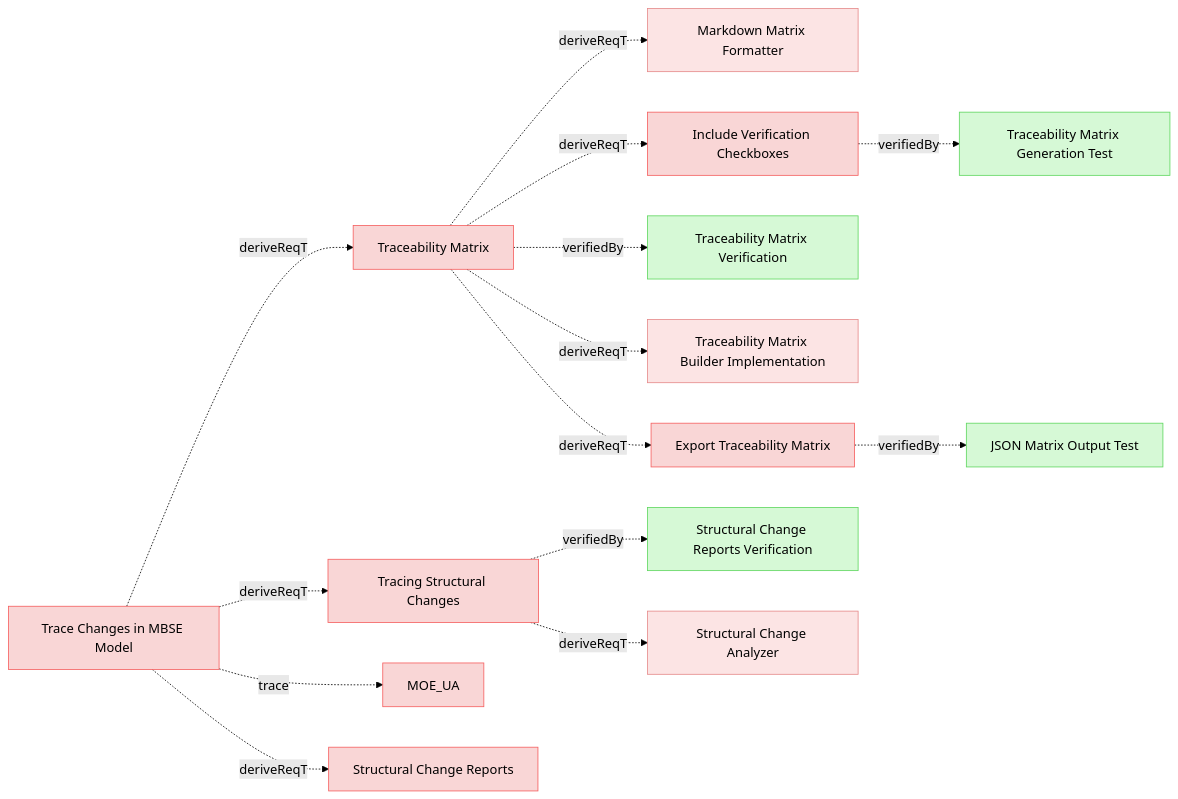
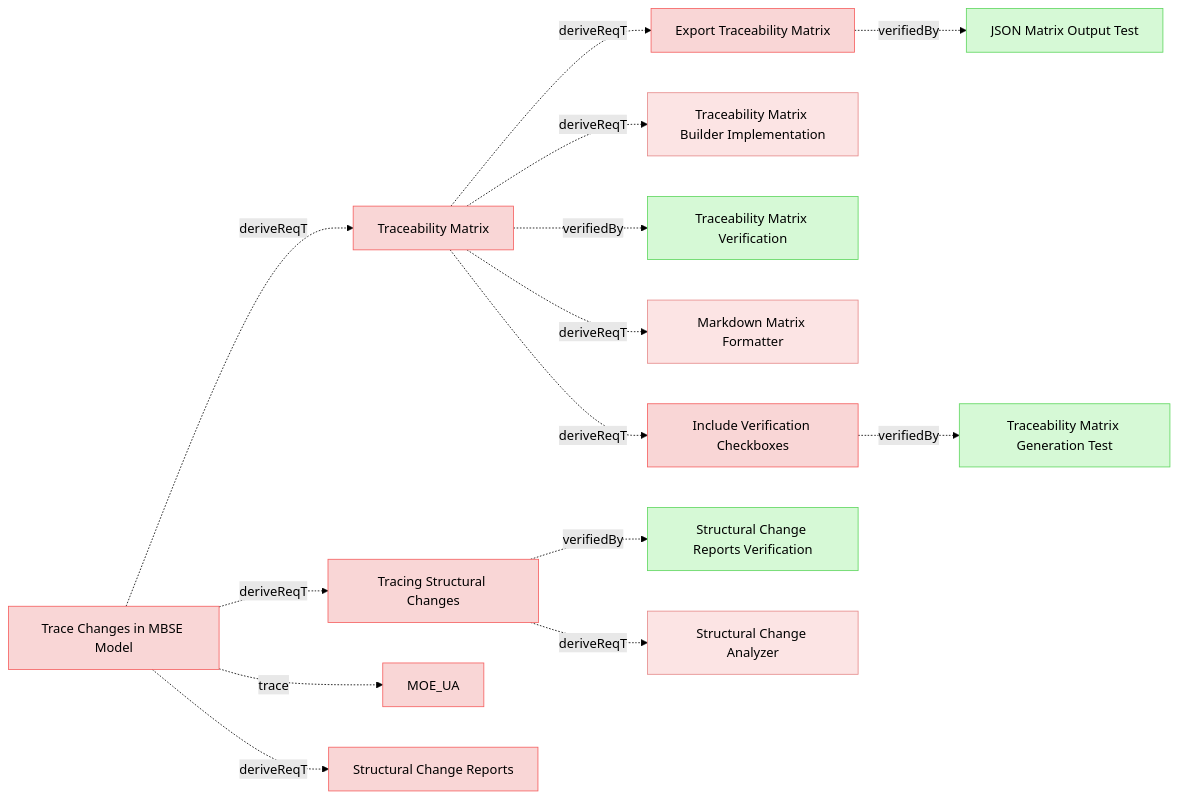
One commit to reqvire-org/reqvire changed the sixth of 9 diagrams in specifications/UserRequirements.md. Above: the diagram before and after it, drawn with Mermaid (forest theme). The commit also changed other lines of this file and 81 other files, not shown here.

````diff
--- a/specifications/UserRequirements.md
+++ b/specifications/UserRequirements.md
@@ -818,65 +818,65 @@
 ```mermaid
 graph LR;
   %% REQVIRE-AUTOGENERATED-DIAGRAM
   %% Graph styling
   classDef userRequirement fill:#f9d6d6,stroke:#f55f5f,stroke-width:1px;
   classDef systemRequirement fill:#fce4e4,stroke:#e68a8a,stroke-width:1px;
   classDef verification fill:#d6f9d6,stroke:#5fd75f,stroke-width:1px;
   classDef default fill:#f5f5f5,stroke:#333333,stroke-width:1px;
 
+  7de9a55d6102af23["Export Traceability Matrix"];
+  class 7de9a55d6102af23 userRequirement;
+  click 7de9a55d6102af23 "UserRequirements.md#export-traceability-matrix";
+  50c290277850dd17["JSON Matrix Output Test"];
+  class 50c290277850dd17 verification;
+  click 50c290277850dd17 "Verifications/TreacibilityMatrix.md#json-matrix-output-test";
+  7de9a55d6102af23 -.->|verifiedBy| 50c290277850dd17;
   4e30ea0930dc9c26["Traceability Matrix"];
   class 4e30ea0930dc9c26 userRequirement;
   click 4e30ea0930dc9c26 "UserRequirements.md#traceability-matrix";
+  b55d8517cd3e58["Traceability Matrix Builder Implementation"];
+  class b55d8517cd3e58 systemRequirement;
+  click b55d8517cd3e58 "SystemRequirements/Requirements.md#traceability-matrix-builder-implementation";
+  4e30ea0930dc9c26 -.->|deriveReqT| b55d8517cd3e58;
+  4e30ea0930dc9c26 -.->|deriveReqT| 7de9a55d6102af23;
+  11c3285e74c8d60b["Traceability Matrix Verification"];
+  class 11c3285e74c8d60b verification;
+  click 11c3285e74c8d60b "Verifications/ChangeImpactTests.md#traceability-matrix-verification";
+  4e30ea0930dc9c26 -.->|verifiedBy| 11c3285e74c8d60b;
   1b7491b67a792bc9["Markdown Matrix Formatter"];
   class 1b7491b67a792bc9 systemRequirement;
   click 1b7491b67a792bc9 "SystemRequirements/Requirements.md#markdown-matrix-formatter";
   4e30ea0930dc9c26 -.->|deriveReqT| 1b7491b67a792bc9;
   6d32b919c82784b7["Include Verification Checkboxes"];
   class 6d32b919c82784b7 userRequirement;
   click 6d32b919c82784b7 "UserRequirements.md#include-verification-checkboxes";
   4e30ea0930dc9c26 -.->|deriveReqT| 6d32b919c82784b7;
-  11c3285e74c8d60b["Traceability Matrix Verification"];
-  class 11c3285e74c8d60b verification;
-  click 11c3285e74c8d60b "Verifications/ChangeImpactTests.md#traceability-matrix-verification";
-  4e30ea0930dc9c26 -.->|verifiedBy| 11c3285e74c8d60b;
-  b55d8517cd3e58["Traceability Matrix Builder Implementation"];
-  class b55d8517cd3e58 systemRequirement;
-  click b55d8517cd3e58 "SystemRequirements/Requirements.md#traceability-matrix-builder-implementation";
-  4e30ea0930dc9c26 -.->|deriveReqT| b55d8517cd3e58;
-  7de9a55d6102af23["Export Traceability Matrix"];
-  class 7de9a55d6102af23 userRequirement;
-  click 7de9a55d6102af23 "UserRequirements.md#export-traceability-matrix";
-  4e30ea0930dc9c26 -.->|deriveReqT| 7de9a55d6102af23;
   d7b7b13a5b8d96e1["Tracing Structural Changes"];
   class d7b7b13a5b8d96e1 userRequirement;
   click d7b7b13a5b8d96e1 "UserRequirements.md#tracing-structural-changes";
   b0e8adb6596a35e7["Structural Change Reports Verification"];
   class b0e8adb6596a35e7 verification;
   click b0e8adb6596a35e7 "Verifications/ChangeImpactTests.md#structural-change-reports-verification";
   d7b7b13a5b8d96e1 -.->|verifiedBy| b0e8adb6596a35e7;
   d34d7e14d2a235a2["Structural Change Analyzer"];
   class d34d7e14d2a235a2 systemRequirement;
   click d34d7e14d2a235a2 "SystemRequirements/Requirements.md#structural-change-analyzer";
   d7b7b13a5b8d96e1 -.->|deriveReqT| d34d7e14d2a235a2;
   aa85c85e7c41d899["Traceability Matrix Generation Test"];
   class aa85c85e7c41d899 verification;
   click aa85c85e7c41d899 "Verifications/TreacibilityMatrix.md#traceability-matrix-generation-test";
   6d32b919c82784b7 -.->|verifiedBy| aa85c85e7c41d899;
-  50c290277850dd17["JSON Matrix Output Test"];
-  class 50c290277850dd17 verification;
-  click 50c290277850dd17 "Verifications/TreacibilityMatrix.md#json-matrix-output-test";
-  7de9a55d6102af23 -.->|verifiedBy| 50c290277850dd17;
   5ef9c8ae19a9f55a["Trace Changes in MBSE Model"];
   class 5ef9c8ae19a9f55a userRequirement;
   click 5ef9c8ae19a9f55a "UserStories.md#trace-changes-in-mbse-model";
   2c5f30f14e792200["MOE_UA"];
   class 2c5f30f14e792200 userRequirement;
   click 2c5f30f14e792200 "MOEs.md#moe_ua";
   5ef9c8ae19a9f55a -.->|trace| 2c5f30f14e792200;
-  5ef9c8ae19a9f55a -.->|deriveReqT| 4e30ea0930dc9c26;
-  5ef9c8ae19a9f55a -.->|deriveReqT| d7b7b13a5b8d96e1;
   1908501a80db5c46["Structural Change Reports"];
   class 1908501a80db5c46 userRequirement;
   click 1908501a80db5c46 "UserRequirements.md#structural-change-reports";
   5ef9c8ae19a9f55a -.->|deriveReqT| 1908501a80db5c46;
+  5ef9c8ae19a9f55a -.->|deriveReqT| 4e30ea0930dc9c26;
+  5ef9c8ae19a9f55a -.->|deriveReqT| d7b7b13a5b8d96e1;
 ```
````
